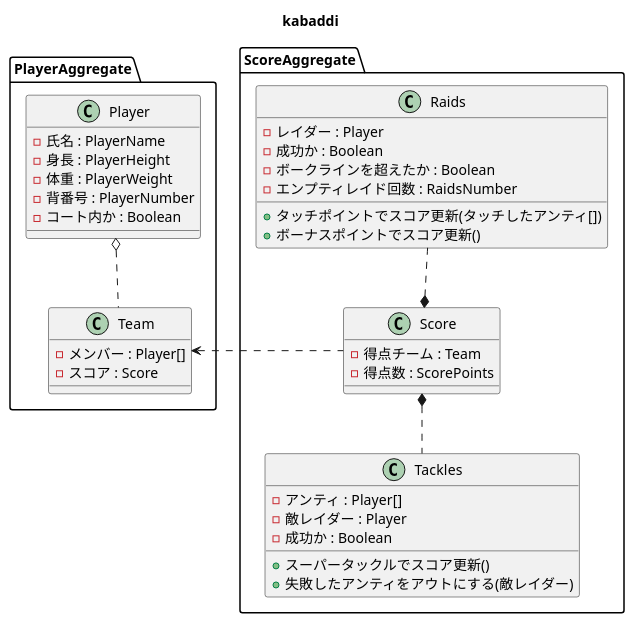
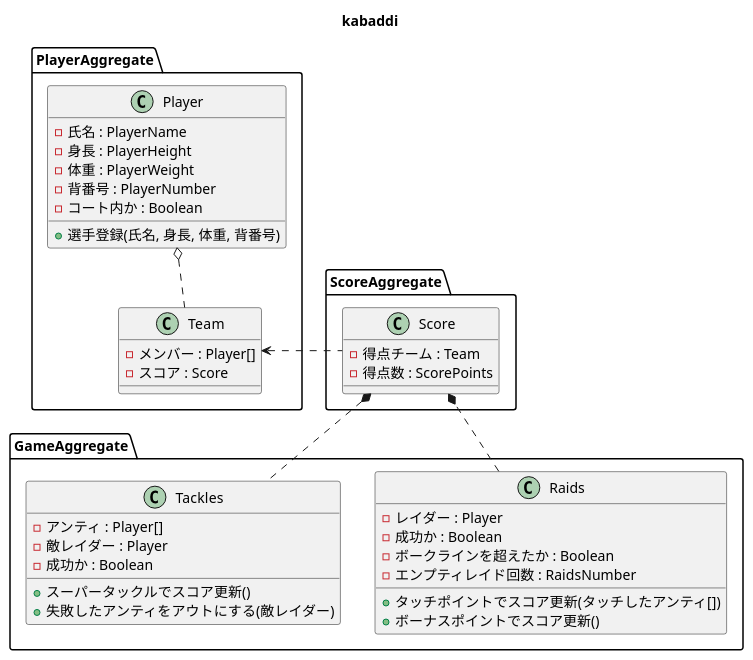
The diagram in ddd.pu (ukihot/dharma), drawn with PlantUML before and after one commit.

```diff
--- a/ddd.pu
+++ b/ddd.pu
@@ -1,48 +1,51 @@
 @startuml kabaddi-scorer
 Title kabaddi
 
 package PlayerAggregate{
   class Team{
     - メンバー : Player[]
     - スコア : Score
   }
 
   class Player{
     - 氏名 : PlayerName
     - 身長 : PlayerHeight
     - 体重 : PlayerWeight
     - 背番号 : PlayerNumber
     - コート内か : Boolean
+    + 選手登録(氏名, 身長, 体重, 背番号)
   }
 }
 package ScoreAggregate{
   class Score {
     - 得点チーム : Team
     - 得点数 : ScorePoints
   }
+}
+package GameAggregate{
   class Raids {
     - レイダー : Player
     - 成功か : Boolean
     - ボークラインを超えたか : Boolean
     - エンプティレイド回数 : RaidsNumber
     + タッチポイントでスコア更新(タッチしたアンティ[])
     + ボーナスポイントでスコア更新()
   }
 
   class Tackles {
     - アンティ : Player[]
     - 敵レイダー : Player
     - 成功か : Boolean
     + スーパータックルでスコア更新()
     + 失敗したアンティをアウトにする(敵レイダー)
     }
 
 }
 
+Player o.. Team
+
 Raids .down.* Score
 Score *.. Tackles
-
-Player o.. Team
 Score .left.> Team
 
 @enduml
```
